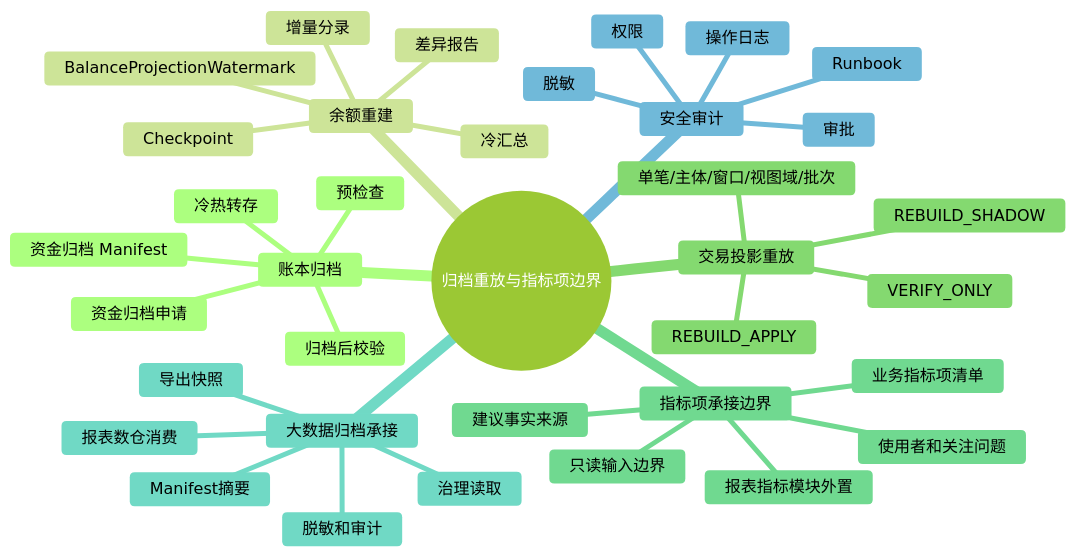
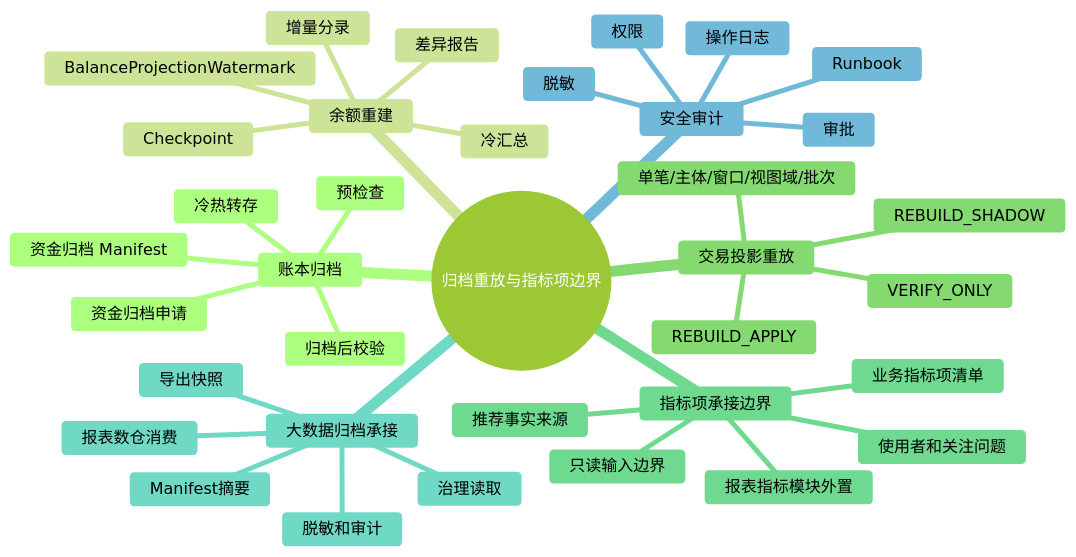
Before and after one commit to fengwuxp/wind-funds: the second of 7 diagrams in docs/系分设计/04-归档重放与指标治理系分设计.md, drawn with Mermaid (forest theme). The commit also changed other lines of this file and 24 other files, not shown here.

````diff
--- a/docs/系分设计/04-归档重放与指标治理系分设计.md
+++ b/docs/系分设计/04-归档重放与指标治理系分设计.md
@@ -192,39 +192,39 @@
 ```mermaid
 mindmap
   root((归档重放与指标项边界))
     账本归档
       资金归档申请
       预检查
       资金归档 Manifest
       冷热转存
       归档后校验
     余额重建
       BalanceProjectionWatermark
       Checkpoint
       冷汇总
       增量分录
       差异报告
     交易投影重放
       VERIFY_ONLY
       REBUILD_SHADOW
       REBUILD_APPLY
       单笔/主体/窗口/视图域/批次
     指标项承接边界
       业务指标项清单
       使用者和关注问题
-      建议事实来源
+      推荐事实来源
       只读输入边界
       报表指标模块外置
     大数据归档承接
       治理读取
       导出快照
       Manifest摘要
       脱敏和审计
       报表数仓消费
     安全审计
       权限
       审批
       脱敏
       操作日志
       Runbook
 ```
````
